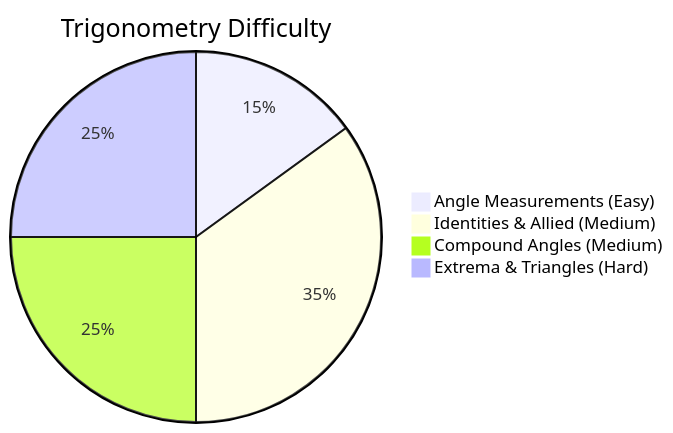
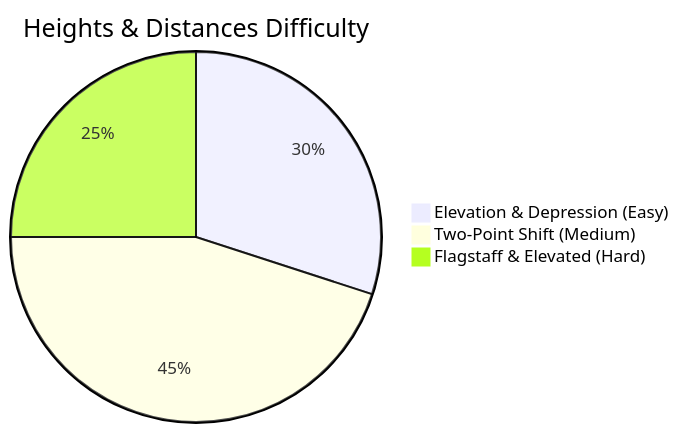
One commit to skc-coder/SAGE changed the second of 2 diagrams in content/cds/math/math_overview.md. Above: the diagram before and after it, drawn with Mermaid. The commit also changed other lines of this file and 18 other files, not shown here.

````diff
--- a/content/cds/math/math_overview.md
+++ b/content/cds/math/math_overview.md
@@ -30,7 +32,6 @@
 ```mermaid
-pie title Trigonometry Difficulty
-    "Angle Measurements (Easy)" : 15
-    "Identities & Allied (Medium)" : 35
-    "Compound Angles (Medium)" : 25
-    "Extrema & Triangles (Hard)" : 25
+pie title Heights & Distances Difficulty
+    "Elevation & Depression (Easy)" : 30
+    "Two-Point Shift (Medium)" : 45
+    "Flagstaff & Elevated (Hard)" : 25
 ```
````
